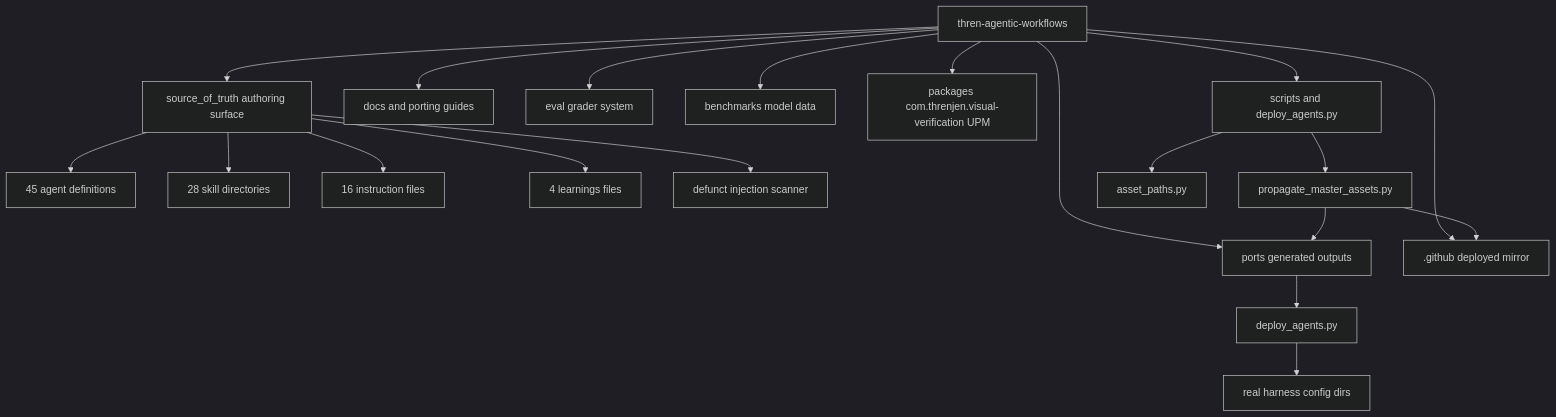
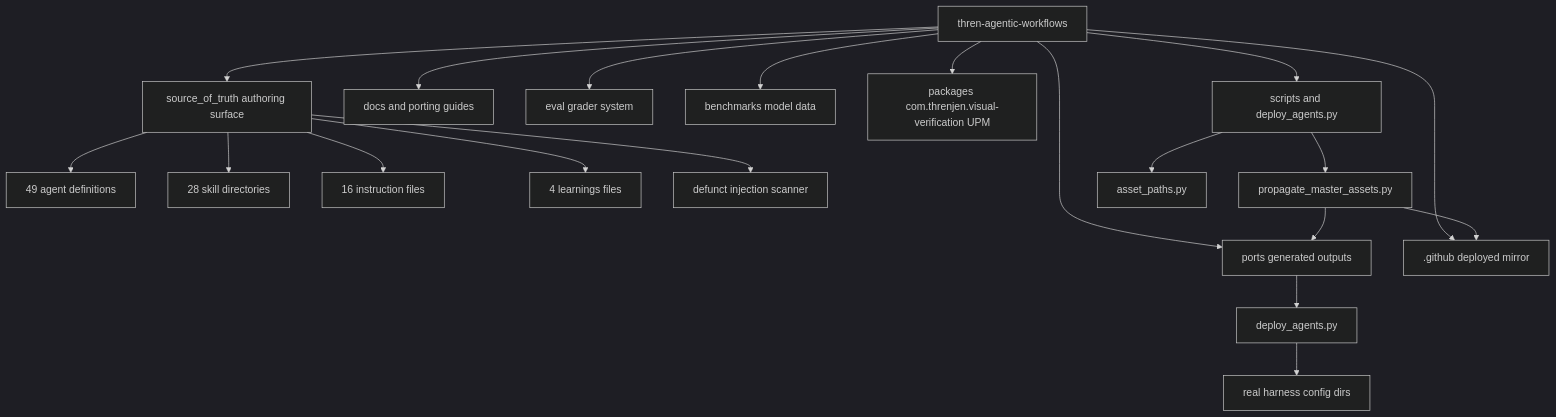
One commit to threnjen/thren-agentic-workflows changed the first of 4 diagrams in docs/ARCHITECTURE.md. Above: the diagram before and after it, drawn with Mermaid (dark theme). The commit also changed other lines of this file and 6 other files, not shown here.

````diff
--- a/docs/ARCHITECTURE.md
+++ b/docs/ARCHITECTURE.md
@@ -23,26 +23,26 @@
 ```mermaid
 flowchart TD
     Root[thren-agentic-workflows]
 
     Root --> SOT[source_of_truth authoring surface]
     Root --> Ports[ports generated outputs]
     Root --> DotGithub[.github deployed mirror]
     Root --> Docs[docs and porting guides]
     Root --> Eval[eval grader system]
     Root --> Bench[benchmarks model data]
     Root --> Pkg[packages com.threnjen.visual-verification UPM]
     Root --> Scripts[scripts and deploy_agents.py]
 
-    SOT --> Agents[45 agent definitions]
+    SOT --> Agents[49 agent definitions]
     SOT --> Skills[28 skill directories]
     SOT --> Instructions[16 instruction files]
     SOT --> Learnings[4 learnings files]
     SOT --> Hooks[defunct injection scanner]
 
     Scripts --> Propagate[propagate_master_assets.py]
     Scripts --> Shared[asset_paths.py]
     Propagate --> Ports
     Propagate --> DotGithub
     Deploy[deploy_agents.py] --> RealDirs[real harness config dirs]
     Ports --> Deploy
 ```
````
